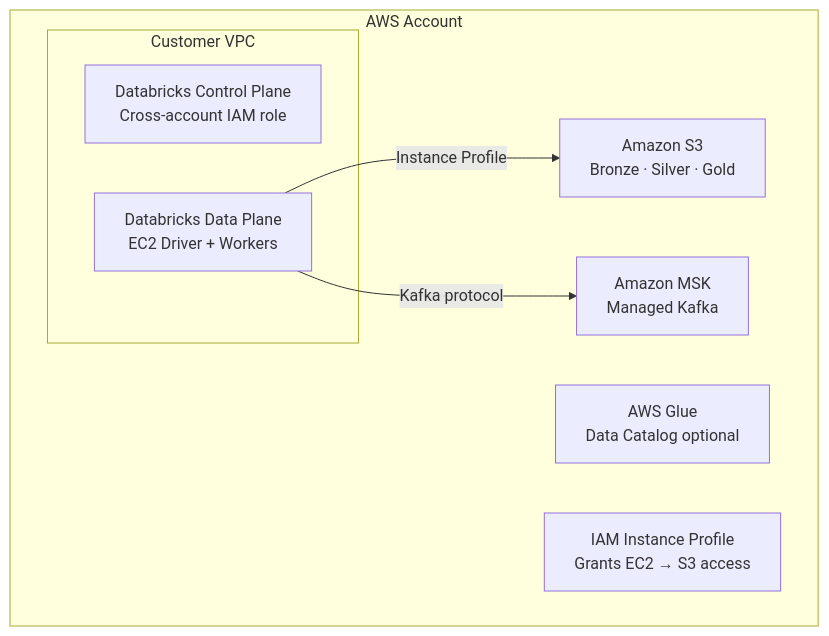
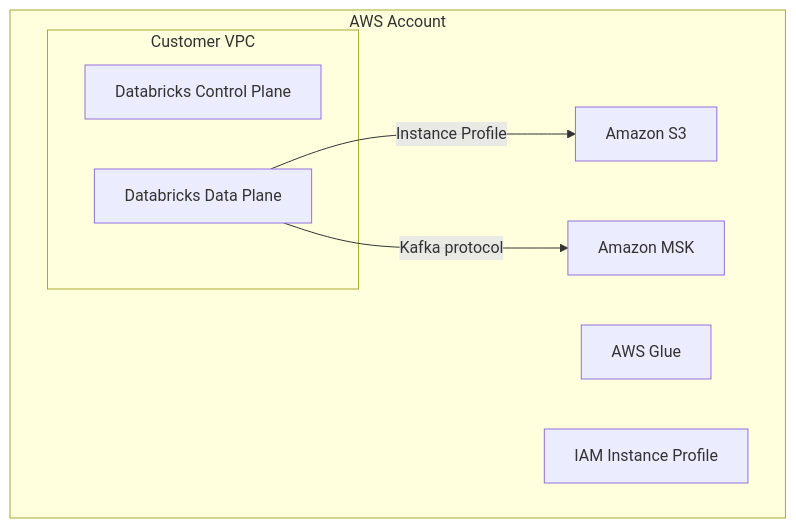
One commit to gcmishra7/data-engineering-helper changed the diagram in 08-cloud-platforms/01-aws-databricks-setup.md. Above: the diagram before and after it, drawn with Mermaid. The commit also changed other lines of this file and 57 other files, not shown here.

First line of the commit message:
Shorten mermaid node labels to fix text truncation on GitHub

````diff
--- a/08-cloud-platforms/01-aws-databricks-setup.md
+++ b/08-cloud-platforms/01-aws-databricks-setup.md
@@ -5,16 +5,16 @@
 ```mermaid
 graph TD
     subgraph AWS Account
         subgraph VPC[Customer VPC]
-            DB_CP[Databricks Control Plane<br/>Cross-account IAM role]
-            DB_DP[Databricks Data Plane<br/>EC2 Driver + Workers]
+            DB_CP[Databricks Control Plane]
+            DB_DP[Databricks Data Plane]
         end
-        S3[Amazon S3<br/>Bronze · Silver · Gold]
-        MSK[Amazon MSK<br/>Managed Kafka]
-        GLUE[AWS Glue<br/>Data Catalog optional]
-        IAM[IAM Instance Profile<br/>Grants EC2 → S3 access]
+        S3[Amazon S3]
+        MSK[Amazon MSK]
+        GLUE[AWS Glue]
+        IAM[IAM Instance Profile]
     end
 
     DB_DP -->|Instance Profile| S3
     DB_DP -->|Kafka protocol| MSK
 ```
````
